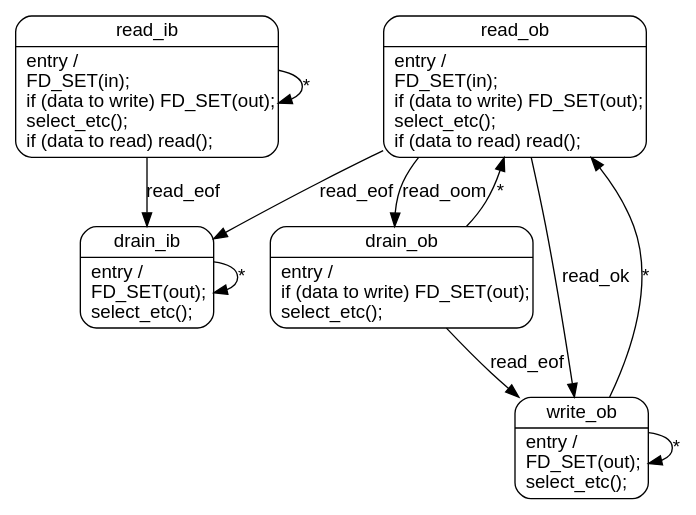
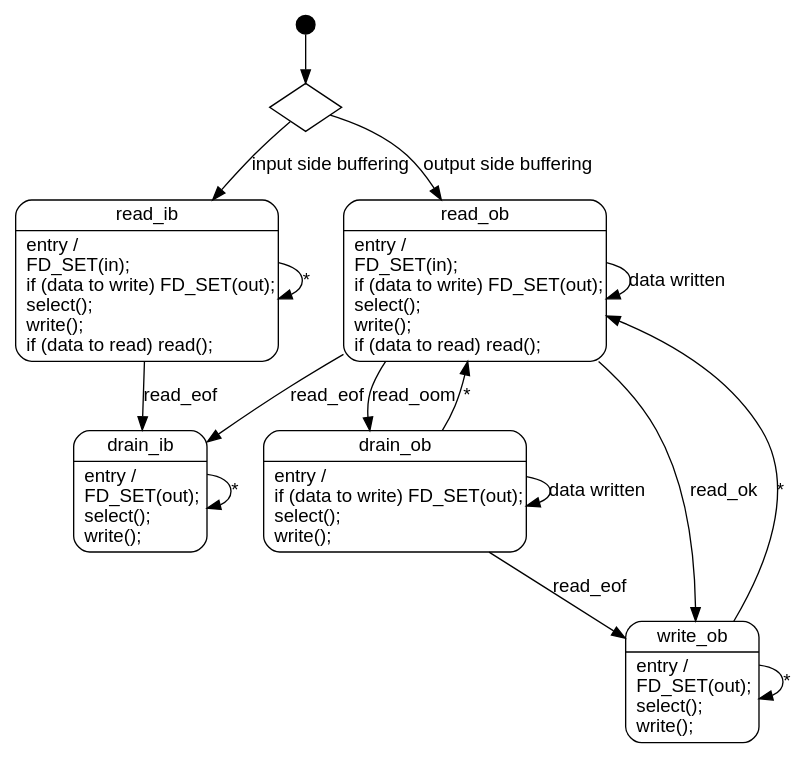
One commit to dspinellis/dgsh changed the diagram in tee-state.dot. Above: the diagram before and after it, drawn with Graphviz.

Commit message:
Handle writing

```diff
--- a/tee-state.dot
+++ b/tee-state.dot
@@ -1,25 +1,35 @@
 digraph teestate {
 	node [shape="record", style="rounded", fontname="Arial"];
 	edge [fontname="Arial"];
 
-	drain_ib [label="{drain_ib|entry /\lFD_SET(out);\lselect_etc();\l}"];
-	drain_ob [label="{drain_ob|entry /\lif (data to write) FD_SET(out);\lselect_etc();\l}"];
-	read_ib [label="{read_ib|entry /\lFD_SET(in);\lif (data to write) FD_SET(out);\lselect_etc();\lif (data to read) read();\l}"];
-	read_ob [label="{read_ob|entry /\lFD_SET(in);\lif (data to write) FD_SET(out);\lselect_etc();\lif (data to read) read();\l}"];
-	write_ob [label="{write_ob|entry /\lFD_SET(out);\lselect_etc();\l}"];
+	drain_ib [label="{drain_ib|entry /\lFD_SET(out);\lselect();\lwrite();\l}"];
+	drain_ob [label="{drain_ob|entry /\lif (data to write) FD_SET(out);\lselect();\lwrite();\l}"];
+	read_ib [label="{read_ib|entry /\lFD_SET(in);\lif (data to write) FD_SET(out);\lselect();\lwrite();\lif (data to read) read();\l}"];
+	read_ob [label="{read_ob|entry /\lFD_SET(in);\lif (data to write) FD_SET(out);\lselect();\lwrite();\lif (data to read) read();\l}"];
+	write_ob [label="{write_ob|entry /\lFD_SET(out);\lselect();\lwrite();\l}"];
 
 	read_ob -> drain_ib [label="read_eof"];
 	read_ob -> write_ob [label="read_ok"];
 	read_ob -> drain_ob [label="read_oom"];
+	read_ob -> read_ob [label="data written"];
 
 	read_ib -> drain_ib [label="read_eof"];
 	read_ib -> read_ib [label="*"];
 
 	drain_ib -> drain_ib [label="*"];
 
 	write_ob -> read_ob [label="*"];
 	write_ob -> write_ob [label="*"];
 
 	drain_ob -> read_ob [label="*"];
 	drain_ob -> write_ob [label="read_eof"];
+	drain_ob -> drain_ob [label="data written"];
+
+	start [shape=circle,style=filled,label="",width=0.2,fillcolor=black,fixedsize=true];
+	bufftype [shape=diamond,label="",style=""];
+	start -> bufftype;
+	bufftype -> read_ib [label="input side buffering"];
+	bufftype -> read_ob [label="output side buffering"];
+
+	/* end [shape=doublecircle,style=filled,label="",width=0.3,fixedsize=true]; */
 }
```
